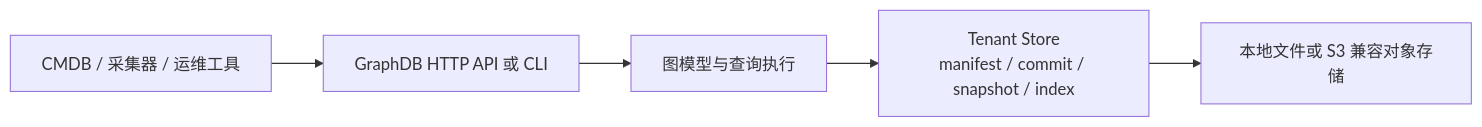
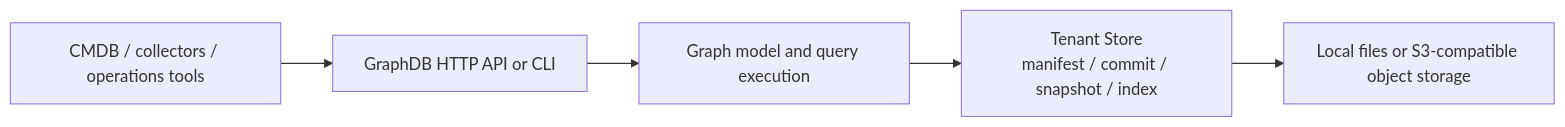
Before and after one commit to SamuelSupe/graphdb: the diagram in docs/database-introduction.md, drawn with Mermaid. The commit also changed other lines of this file and 28 other files, not shown here.

Commit message:
Add native cloud object storage support

````diff
--- a/docs/database-introduction.md
+++ b/docs/database-introduction.md
@@ -59,7 +76,7 @@
 ```mermaid
 flowchart LR
-  Client["CMDB / 采集器 / 运维工具"] --> API["GraphDB HTTP API 或 CLI"]
-  API --> Graph["图模型与查询执行"]
+  Client["CMDB / collectors / operations tools"] --> API["GraphDB HTTP API or CLI"]
+  API --> Graph["Graph model and query execution"]
   Graph --> Store["Tenant Store\nmanifest / commit / snapshot / index"]
-  Store --> Object["本地文件或 S3 兼容对象存储"]
+  Store --> Object["Local files or S3-compatible object storage"]
 ```
````
